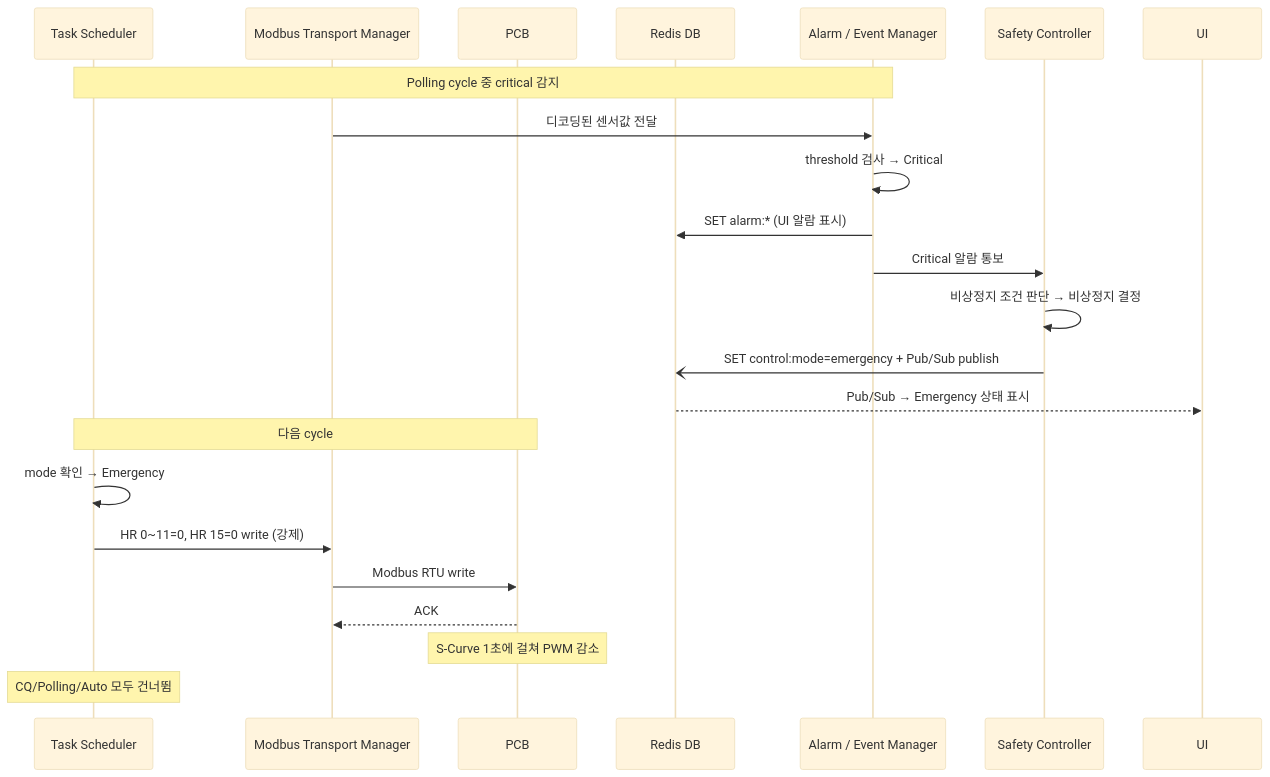
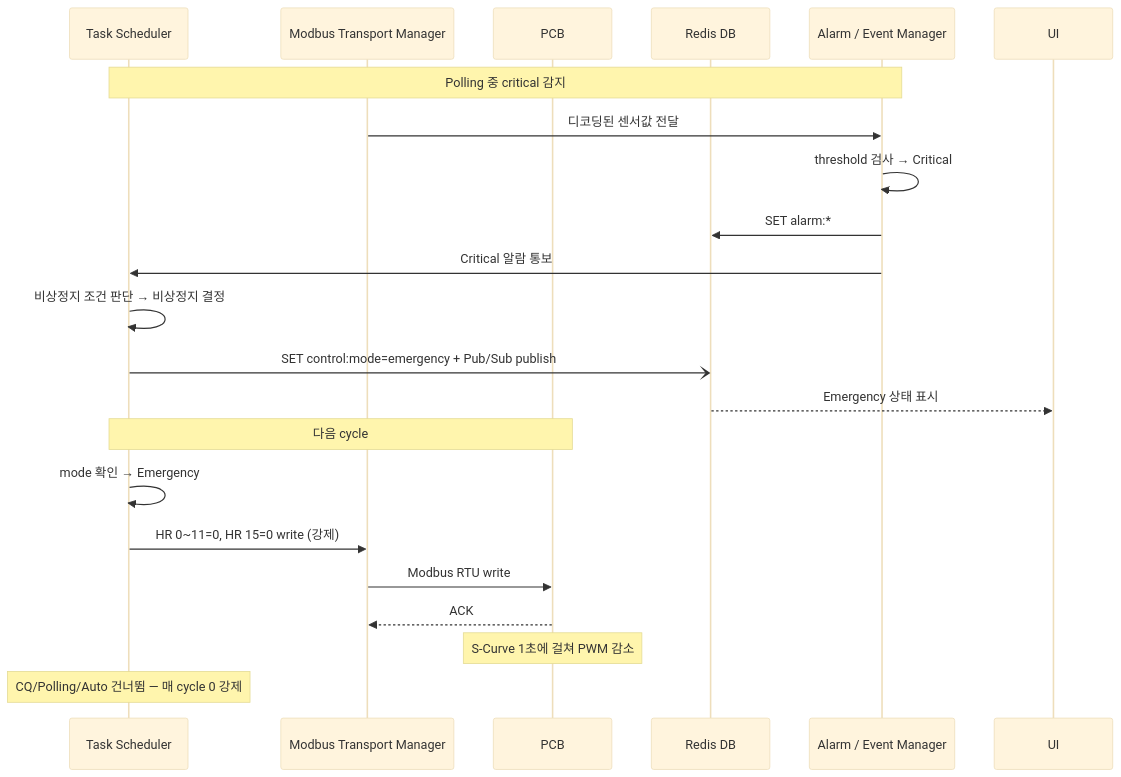
The second of 3 diagrams in docs/MCG.md (DEEPGadget/L2A_CDU_system), drawn with Mermaid (base theme) before and after one commit. The commit also changed other lines of this file and 1 other file, not shown here.

````diff
--- a/docs/MCG.md
+++ b/docs/MCG.md
@@ -296,27 +247,26 @@
 ```mermaid
 sequenceDiagram
     participant TS as Task Scheduler
     participant MTM as Modbus Transport Manager
     participant PCB as PCB
     participant Redis as Redis DB
     participant AEM as Alarm / Event Manager
-    participant SC as Safety Controller
 
-    Note over TS,AEM: Polling cycle 중 critical 감지
+    Note over TS,AEM: Polling 중 critical 감지
     MTM->>AEM: 디코딩된 센서값 전달
     AEM->>AEM: threshold 검사 → Critical
-    AEM->>Redis: SET alarm:* (UI 알람 표시)
-    AEM->>SC: Critical 알람 통보
+    AEM->>Redis: SET alarm:*
+    AEM->>TS: Critical 알람 통보
 
-    SC->>SC: 비상정지 조건 판단 → 비상정지 결정
-    SC-)Redis: SET control:mode=emergency + Pub/Sub publish
-    Redis-->>UI: Pub/Sub → Emergency 상태 표시
+    TS->>TS: 비상정지 조건 판단 → 비상정지 결정
+    TS-)Redis: SET control:mode=emergency + Pub/Sub publish
+    Redis-->>UI: Emergency 상태 표시
 
     Note over TS,PCB: 다음 cycle
     TS->>TS: mode 확인 → Emergency
     TS->>MTM: HR 0~11=0, HR 15=0 write (강제)
     MTM->>PCB: Modbus RTU write
     PCB-->>MTM: ACK
     Note over PCB: S-Curve 1초에 걸쳐 PWM 감소
-    Note over TS: CQ/Polling/Auto 모두 건너뜀
+    Note over TS: CQ/Polling/Auto 건너뜀 — 매 cycle 0 강제
 ```
````
